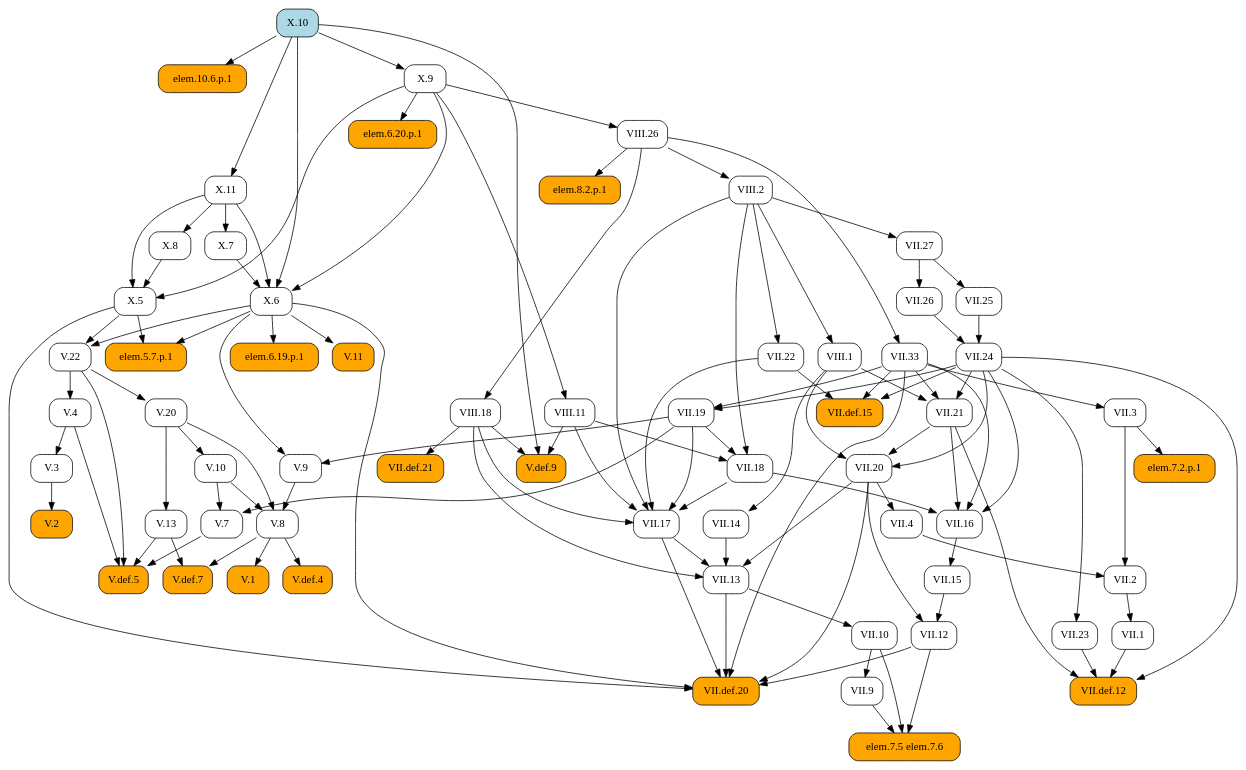
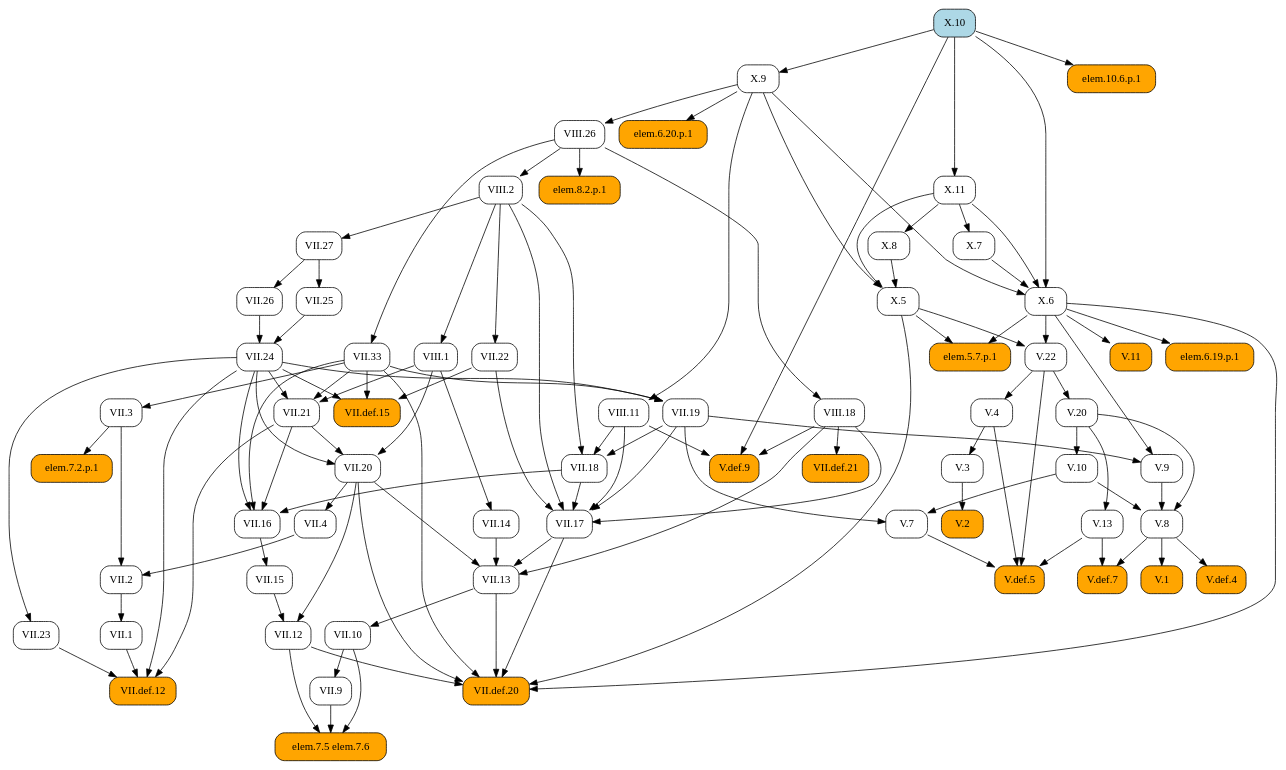
One commit to geometor/elements changed the diagram in docsrc/heath/X/10/index.rst. Above: the diagram before and after it, drawn with Graphviz. The commit also changed other lines of this file and 1029 other files, not shown here.

```diff
--- a/docsrc/heath/X/10/index.rst
+++ b/docsrc/heath/X/10/index.rst
@@ -45,116 +45,172 @@
    digraph {
      rankdir="TB";
      node [shape=box, style=rounded];
-     "V.1" [style="rounded,filled", fillcolor=orange, URL="/heath/V/1/", target="_top"];
+     "elem.6.20.p.1" [style="rounded,filled", fillcolor=orange];
+     "VII.1" [URL="/heath/VII/1/", target="_top"];
+     "X.9" [URL="/heath/X/9/", target="_top"];
+     "VIII.26" [URL="/heath/VIII/26/", target="_top"];
+     "VII.9" [URL="/heath/VII/9/", target="_top"];
+     "V.def.5" [style="rounded,filled", fillcolor=orange, URL="/heath/V/def.5/", target="_top"];
+     "V.22" [URL="/heath/V/22/", target="_top"];
+     "X.6" [URL="/heath/X/6/", target="_top"];
+     "V.20" [URL="/heath/V/20/", target="_top"];
+     "X.8" [URL="/heath/X/8/", target="_top"];
+     "V.11" [style="rounded,filled", fillcolor=orange, URL="/heath/V/11/", target="_top"];
+     "VII.17" [URL="/heath/VII/17/", target="_top"];
+     "V.10" [URL="/heath/V/10/", target="_top"];
+     "V.13" [URL="/heath/V/13/", target="_top"];
+     "VII.3" [URL="/heath/VII/3/", target="_top"];
+     "elem.7.5 elem.7.6" [style="rounded,filled", fillcolor=orange];
+     "VII.def.21" [style="rounded,filled", fillcolor=orange, URL="/heath/VII/def.21/", target="_top"];
+     "V.7" [URL="/heath/V/7/", target="_top"];
+     "V.9" [URL="/heath/V/9/", target="_top"];
+     "VII.13" [URL="/heath/VII/13/", target="_top"];
+     "VII.2" [URL="/heath/VII/2/", target="_top"];
+     "VIII.1" [URL="/heath/VIII/1/", target="_top"];
+     "VIII.2" [URL="/heath/VIII/2/", target="_top"];
+     "V.3" [URL="/heath/V/3/", target="_top"];
      "VII.12" [URL="/heath/VII/12/", target="_top"];
      "X.7" [URL="/heath/X/7/", target="_top"];
-     "V.20" [URL="/heath/V/20/", target="_top"];
+     "VII.24" [URL="/heath/VII/24/", target="_top"];
+     "elem.6.19.p.1" [style="rounded,filled", fillcolor=orange];
+     "V.8" [URL="/heath/V/8/", target="_top"];
+     "VII.def.12" [style="rounded,filled", fillcolor=orange, URL="/heath/VII/def.12/", target="_top"];
+     "VII.33" [URL="/heath/VII/33/", target="_top"];
+     "V.def.9" [style="rounded,filled", fillcolor=orange, URL="/heath/V/def.9/", target="_top"];
+     "elem.7.2.p.1" [style="rounded,filled", fillcolor=orange];
+     "VIII.18" [URL="/heath/VIII/18/", target="_top"];
+     "VII.10" [URL="/heath/VII/10/", target="_top"];
+     "VII.def.15" [style="rounded,filled", fillcolor=orange, URL="/heath/VII/def.15/", target="_top"];
+     "X.10" [style="rounded,filled", fillcolor=lightblue, URL="/heath/X/10/", target="_top"];
+     "VII.18" [URL="/heath/VII/18/", target="_top"];
+     "VII.19" [URL="/heath/VII/19/", target="_top"];
+     "VIII.11" [URL="/heath/VIII/11/", target="_top"];
      "VII.16" [URL="/heath/VII/16/", target="_top"];
-     "VII.13" [URL="/heath/VII/13/", target="_top"];
+     "V.4" [URL="/heath/V/4/", target="_top"];
+     "elem.5.7.p.1" [style="rounded,filled", fillcolor=orange];
+     "VII.26" [URL="/heath/VII/26/", target="_top"];
+     "VII.4" [URL="/heath/VII/4/", target="_top"];
+     "VII.25" [URL="/heath/VII/25/", target="_top"];
+     "VII.21" [URL="/heath/VII/21/", target="_top"];
+     "V.1" [style="rounded,filled", fillcolor=orange, URL="/heath/V/1/", target="_top"];
+     "elem.10.6.p.1" [style="rounded,filled", fillcolor=orange];
+     "VII.20" [URL="/heath/VII/20/", target="_top"];
+     "X.5" [URL="/heath/X/5/", target="_top"];
+     "X.11" [URL="/heath/X/11/", target="_top"];
+     "VII.27" [URL="/heath/VII/27/", target="_top"];
      "VII.14" [URL="/heath/VII/14/", target="_top"];
+     "V.def.4" [style="rounded,filled", fillcolor=orange, URL="/heath/V/def.4/", target="_top"];
      "V.2" [style="rounded,filled", fillcolor=orange, URL="/heath/V/2/", target="_top"];
-     "V.def.4" [style="rounded,filled", fillcolor=orange, URL="/heath/V/def.4/", target="_top"];
-     "VII.def.15" [style="rounded,filled", fillcolor=orange, URL="/heath/VII/def.15/", target="_top"];
-     "VII.18" [URL="/heath/VII/18/", target="_top"];
-     "V.22" [URL="/heath/V/22/", target="_top"];
-     "elem.5.7.p.1" [style="rounded,filled", fillcolor=orange];
-     "V.8" [URL="/heath/V/8/", target="_top"];
-     "VII.21" [URL="/heath/VII/21/", target="_top"];
-     "elem.10.6.p.1" [style="rounded,filled", fillcolor=orange];
-     "V.4" [URL="/heath/V/4/", target="_top"];
-     "V.7" [URL="/heath/V/7/", target="_top"];
+     "VII.22" [URL="/heath/VII/22/", target="_top"];
+     "V.def.7" [style="rounded,filled", fillcolor=orange, URL="/heath/V/def.7/", target="_top"];
+     "VII.23" [URL="/heath/VII/23/", target="_top"];
      "VII.15" [URL="/heath/VII/15/", target="_top"];
-     "VII.def.12" [style="rounded,filled", fillcolor=orange, URL="/heath/VII/def.12/", target="_top"];
-     "V.13" [URL="/heath/V/13/", target="_top"];
-     "X.5" [URL="/heath/X/5/", target="_top"];
-     "VIII.18" [URL="/heath/VIII/18/", target="_top"];
-     "VII.2" [URL="/heath/VII/2/", target="_top"];
      "VII.def.20" [style="rounded,filled", fillcolor=orange, URL="/heath/VII/def.20/", target="_top"];
-     "elem.6.19.p.1" [style="rounded,filled", fillcolor=orange];
-     "VII.3" [URL="/heath/VII/3/", target="_top"];
-     "elem.7.5 elem.7.6" [style="rounded,filled", fillcolor=orange];
      "elem.8.2.p.1" [style="rounded,filled", fillcolor=orange];
-     "X.8" [URL="/heath/X/8/", target="_top"];
-     "VII.10" [URL="/heath/VII/10/", target="_top"];
-     "X.11" [URL="/heath/X/11/", target="_top"];
-     "V.def.7" [style="rounded,filled", fillcolor=orange, URL="/heath/V/def.7/", target="_top"];
-     "X.10" [style="rounded,filled", fillcolor=lightblue, URL="/heath/X/10/", target="_top"];
-     "V.def.9" [style="rounded,filled", fillcolor=orange, URL="/heath/V/def.9/", target="_top"];
-     "VII.20" [URL="/heath/VII/20/", target="_top"];
-     "X.9" [URL="/heath/X/9/", target="_top"];
-     "X.6" [URL="/heath/X/6/", target="_top"];
-     "V.10" [URL="/heath/V/10/", target="_top"];
-     "VIII.11" [URL="/heath/VIII/11/", target="_top"];
-     "VII.9" [URL="/heath/VII/9/", target="_top"];
-     "VIII.1" [URL="/heath/VIII/1/", target="_top"];
-     "VII.25" [URL="/heath/VII/25/", target="_top"];
-     "VII.23" [URL="/heath/VII/23/", target="_top"];
-     "VII.27" [URL="/heath/VII/27/", target="_top"];
-     "VIII.2" [URL="/heath/VIII/2/", target="_top"];
-     "V.11" [style="rounded,filled", fillcolor=orange, URL="/heath/V/11/", target="_top"];
-     "VII.24" [URL="/heath/VII/24/", target="_top"];
-     "VII.19" [URL="/heath/VII/19/", target="_top"];
-     "VII.4" [URL="/heath/VII/4/", target="_top"];
-     "elem.7.2.p.1" [style="rounded,filled", fillcolor=orange];
-     "V.9" [URL="/heath/V/9/", target="_top"];
-     "VII.26" [URL="/heath/VII/26/", target="_top"];
-     "elem.6.20.p.1" [style="rounded,filled", fillcolor=orange];
-     "V.3" [URL="/heath/V/3/", target="_top"];
-     "VII.1" [URL="/heath/VII/1/", target="_top"];
-     "VII.22" [URL="/heath/VII/22/", target="_top"];
-     "VIII.26" [URL="/heath/VIII/26/", target="_top"];
-     "VII.33" [URL="/heath/VII/33/", target="_top"];
-     "VII.def.21" [style="rounded,filled", fillcolor=orange, URL="/heath/VII/def.21/", target="_top"];
-     "V.def.5" [style="rounded,filled", fillcolor=orange, URL="/heath/V/def.5/", target="_top"];
-     "VII.17" [URL="/heath/VII/17/", target="_top"];
-     "V.8" -> "V.1";
-     "VII.15" -> "VII.12";
-     "VII.20" -> "VII.12";
-     "X.11" -> "X.7";
+     "X.9" -> "elem.6.20.p.1";
+     "VII.2" -> "VII.1";
+     "X.10" -> "X.9";
+     "X.9" -> "VIII.26";
+     "VII.10" -> "VII.9";
+     "V.4" -> "V.def.5";
+     "V.7" -> "V.def.5";
+     "V.13" -> "V.def.5";
+     "V.22" -> "V.def.5";
+     "X.5" -> "V.22";
+     "X.6" -> "V.22";
+     "X.7" -> "X.6";
+     "X.9" -> "X.6";
+     "X.10" -> "X.6";
+     "X.11" -> "X.6";
      "V.22" -> "V.20";
-     "VII.18" -> "VII.16";
-     "VII.21" -> "VII.16";
-     "VII.24" -> "VII.16";
-     "VII.33" -> "VII.16";
+     "X.11" -> "X.8";
+     "X.6" -> "V.11";
+     "VII.18" -> "VII.17";
+     "VII.19" -> "VII.17";
+     "VII.22" -> "VII.17";
+     "VIII.2" -> "VII.17";
+     "VIII.11" -> "VII.17";
+     "VIII.18" -> "VII.17";
+     "V.20" -> "V.10";
+     "V.20" -> "V.13";
+     "VII.33" -> "VII.3";
+     "VII.9" -> "elem.7.5 elem.7.6";
+     "VII.10" -> "elem.7.5 elem.7.6";
+     "VII.12" -> "elem.7.5 elem.7.6";
+     "VIII.18" -> "VII.def.21";
+     "V.10" -> "V.7";
+     "VII.19" -> "V.7";
+     "VII.19" -> "V.9";
+     "X.6" -> "V.9";
      "VII.14" -> "VII.13";
      "VII.17" -> "VII.13";
      "VII.20" -> "VII.13";
      "VIII.18" -> "VII.13";
-     "VIII.1" -> "VII.14";
-     "V.3" -> "V.2";
-     "V.8" -> "V.def.4";
+     "VII.3" -> "VII.2";
+     "VII.4" -> "VII.2";
+     "VIII.2" -> "VIII.1";
+     "VIII.26" -> "VIII.2";
+     "V.4" -> "V.3";
+     "VII.15" -> "VII.12";
+     "VII.20" -> "VII.12";
+     "X.11" -> "X.7";
+     "VII.25" -> "VII.24";
+     "VII.26" -> "VII.24";
+     "X.6" -> "elem.6.19.p.1";
+     "V.9" -> "V.8";
+     "V.10" -> "V.8";
+     "V.20" -> "V.8";
+     "VII.1" -> "VII.def.12";
+     "VII.21" -> "VII.def.12";
+     "VII.23" -> "VII.def.12";
+     "VII.24" -> "VII.def.12";
+     "VIII.26" -> "VII.33";
+     "VIII.11" -> "V.def.9";
+     "VIII.18" -> "V.def.9";
+     "X.10" -> "V.def.9";
+     "VII.3" -> "elem.7.2.p.1";
+     "VIII.26" -> "VIII.18";
+     "VII.13" -> "VII.10";
      "VII.22" -> "VII.def.15";
      "VII.24" -> "VII.def.15";
      "VII.33" -> "VII.def.15";
      "VII.19" -> "VII.18";
      "VIII.2" -> "VII.18";
      "VIII.11" -> "VII.18";
-     "X.5" -> "V.22";
-     "X.6" -> "V.22";
+     "VII.24" -> "VII.19";
+     "VII.33" -> "VII.19";
+     "X.9" -> "VIII.11";
+     "VII.18" -> "VII.16";
+     "VII.21" -> "VII.16";
+     "VII.24" -> "VII.16";
+     "VII.33" -> "VII.16";
+     "V.22" -> "V.4";
      "X.5" -> "elem.5.7.p.1";
      "X.6" -> "elem.5.7.p.1";
-     "V.9" -> "V.8";
-     "V.10" -> "V.8";
-     "V.20" -> "V.8";
+     "VII.27" -> "VII.26";
+     "VII.20" -> "VII.4";
+     "VII.27" -> "VII.25";
      "VII.24" -> "VII.21";
      "VII.33" -> "VII.21";
      "VIII.1" -> "VII.21";
+     "V.8" -> "V.1";
      "X.10" -> "elem.10.6.p.1";
-     "V.22" -> "V.4";
-     "V.10" -> "V.7";
-     "VII.19" -> "V.7";
-     "VII.16" -> "VII.15";
-     "VII.1" -> "VII.def.12";
-     "VII.21" -> "VII.def.12";
-     "VII.23" -> "VII.def.12";
-     "VII.24" -> "VII.def.12";
-     "V.20" -> "V.13";
+     "VII.21" -> "VII.20";
+     "VII.24" -> "VII.20";
+     "VIII.1" -> "VII.20";
      "X.8" -> "X.5";
      "X.9" -> "X.5";
      "X.11" -> "X.5";
-     "VIII.26" -> "VIII.18";
-     "VII.3" -> "VII.2";
-     "VII.4" -> "VII.2";
+     "X.10" -> "X.11";
+     "VIII.2" -> "VII.27";
+     "VIII.1" -> "VII.14";
+     "V.8" -> "V.def.4";
+     "V.3" -> "V.2";
+     "VIII.2" -> "VII.22";
+     "V.8" -> "V.def.7";
+     "V.13" -> "V.def.7";
+     "VII.24" -> "VII.23";
+     "VII.16" -> "VII.15";
      "VII.12" -> "VII.def.20";
      "VII.13" -> "VII.def.20";
      "VII.17" -> "VII.def.20";
@@ -162,61 +218,5 @@
      "VII.33" -> "VII.def.20";
      "X.5" -> "VII.def.20";
      "X.6" -> "VII.def.20";
-     "X.6" -> "elem.6.19.p.1";
-     "VII.33" -> "VII.3";
-     "VII.9" -> "elem.7.5 elem.7.6";
-     "VII.10" -> "elem.7.5 elem.7.6";
-     "VII.12" -> "elem.7.5 elem.7.6";
      "VIII.26" -> "elem.8.2.p.1";
-     "X.11" -> "X.8";
-     "VII.13" -> "VII.10";
-     "X.10" -> "X.11";
-     "V.8" -> "V.def.7";
-     "V.13" -> "V.def.7";
-     "VIII.11" -> "V.def.9";
-     "VIII.18" -> "V.def.9";
-     "X.10" -> "V.def.9";
-     "VII.21" -> "VII.20";
-     "VII.24" -> "VII.20";
-     "VIII.1" -> "VII.20";
-     "X.10" -> "X.9";
-     "X.7" -> "X.6";
-     "X.9" -> "X.6";
-     "X.10" -> "X.6";
-     "X.11" -> "X.6";
-     "V.20" -> "V.10";
-     "X.9" -> "VIII.11";
-     "VII.10" -> "VII.9";
-     "VIII.2" -> "VIII.1";
-     "VII.27" -> "VII.25";
-     "VII.24" -> "VII.23";
-     "VIII.2" -> "VII.27";
-     "VIII.26" -> "VIII.2";
-     "X.6" -> "V.11";
-     "VII.25" -> "VII.24";
-     "VII.26" -> "VII.24";
-     "VII.24" -> "VII.19";
-     "VII.33" -> "VII.19";
-     "VII.20" -> "VII.4";
-     "VII.3" -> "elem.7.2.p.1";
-     "VII.19" -> "V.9";
-     "X.6" -> "V.9";
-     "VII.27" -> "VII.26";
-     "X.9" -> "elem.6.20.p.1";
-     "V.4" -> "V.3";
-     "VII.2" -> "VII.1";
-     "VIII.2" -> "VII.22";
-     "X.9" -> "VIII.26";
-     "VIII.26" -> "VII.33";
-     "VIII.18" -> "VII.def.21";
-     "V.4" -> "V.def.5";
-     "V.7" -> "V.def.5";
-     "V.13" -> "V.def.5";
-     "V.22" -> "V.def.5";
-     "VII.18" -> "VII.17";
-     "VII.19" -> "VII.17";
-     "VII.22" -> "VII.17";
-     "VIII.2" -> "VII.17";
-     "VIII.11" -> "VII.17";
-     "VIII.18" -> "VII.17";
    }
```
